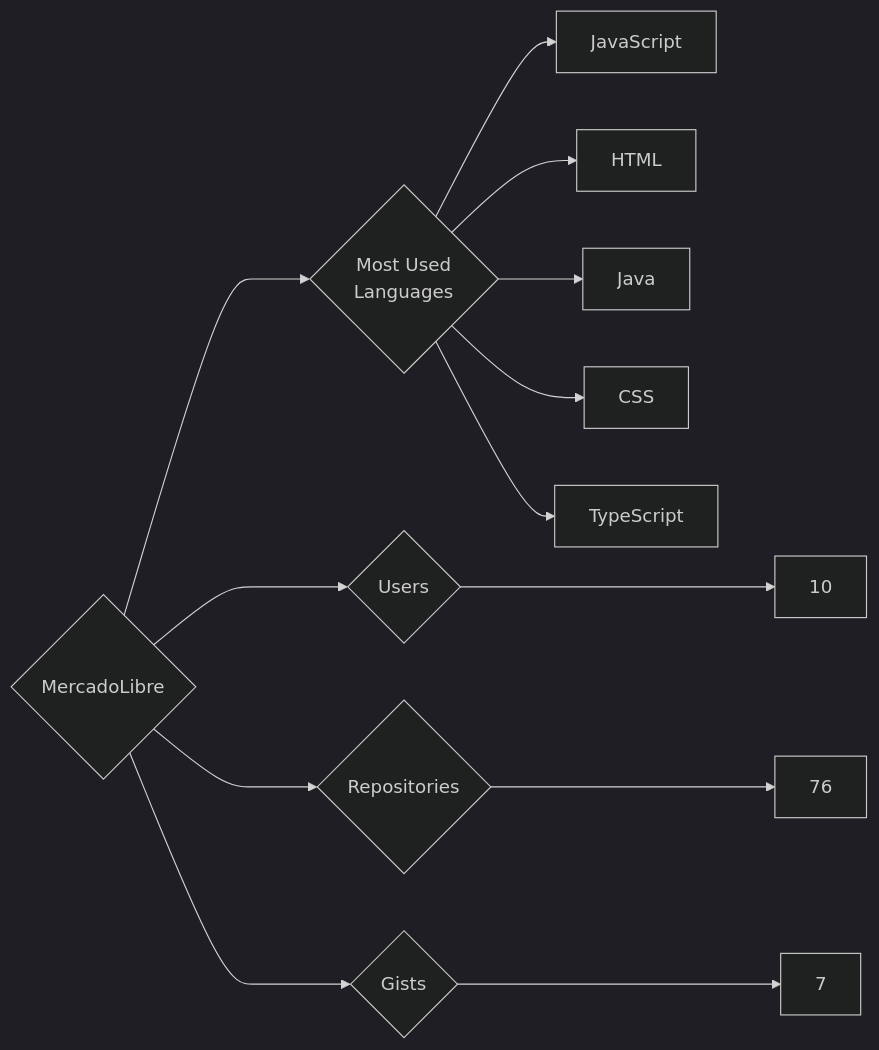
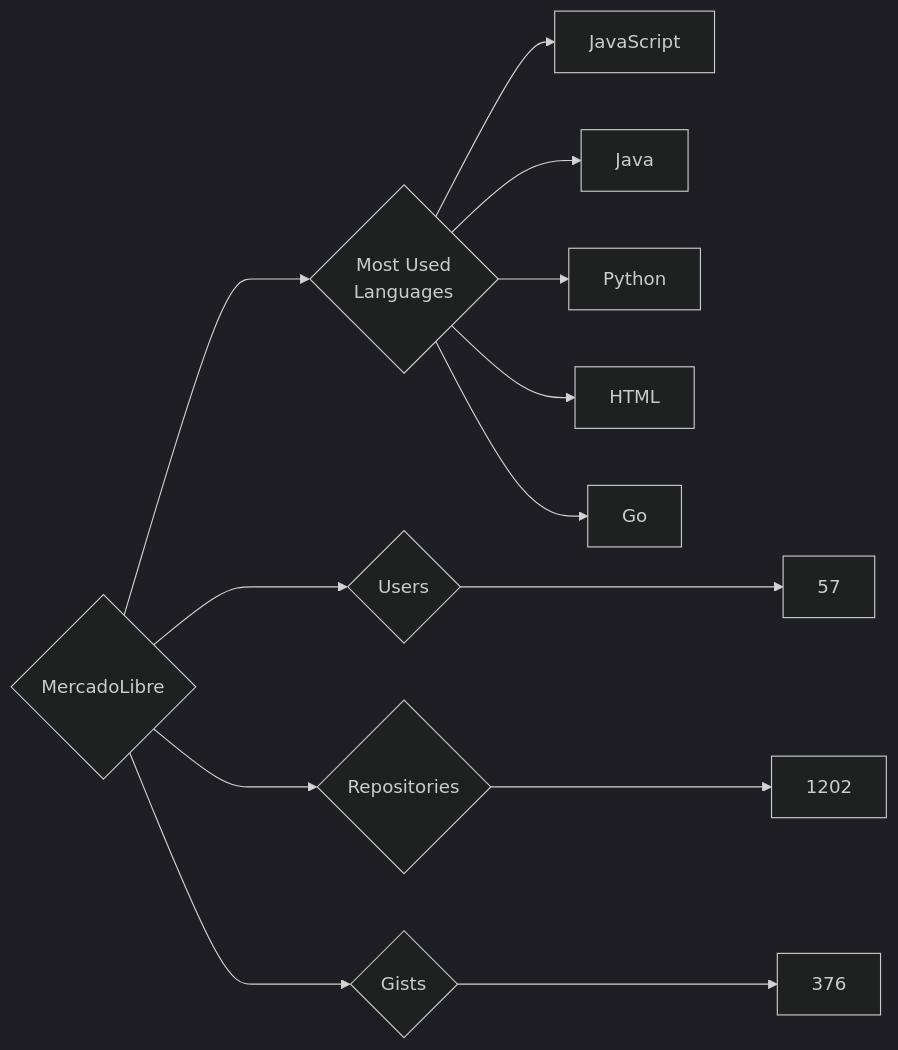
One commit to trickest/insiders changed the diagram in targets/MercadoLibre/README.md. Above: the diagram before and after it, drawn with Mermaid (dark theme). The commit also changed 796 other files, not shown here.

````diff
--- a/targets/MercadoLibre/README.md
+++ b/targets/MercadoLibre/README.md
@@ -3,13 +3,13 @@
 ```mermaid
 graph LR
 COMPANY_NAME{MercadoLibre}
-COMPANY_NAME ---> U{Users} ---> UN[10]
-COMPANY_NAME ---> R{Repositories} ---> RN[76]
-COMPANY_NAME ---> G{Gists} ---> GN[7]
+COMPANY_NAME ---> U{Users} ---> UN[57]
+COMPANY_NAME ---> R{Repositories} ---> RN[1202]
+COMPANY_NAME ---> G{Gists} ---> GN[376]
 COMPANY_NAME ---> ML{Most Used<br>Languages}
 ML --> JavaScript[JavaScript]
+ML --> Java[Java]
+ML --> Python[Python]
 ML --> HTML[HTML]
-ML --> Java[Java]
-ML --> CSS[CSS]
-ML --> TypeScript[TypeScript]
+ML --> Go[Go]
 ```
````
